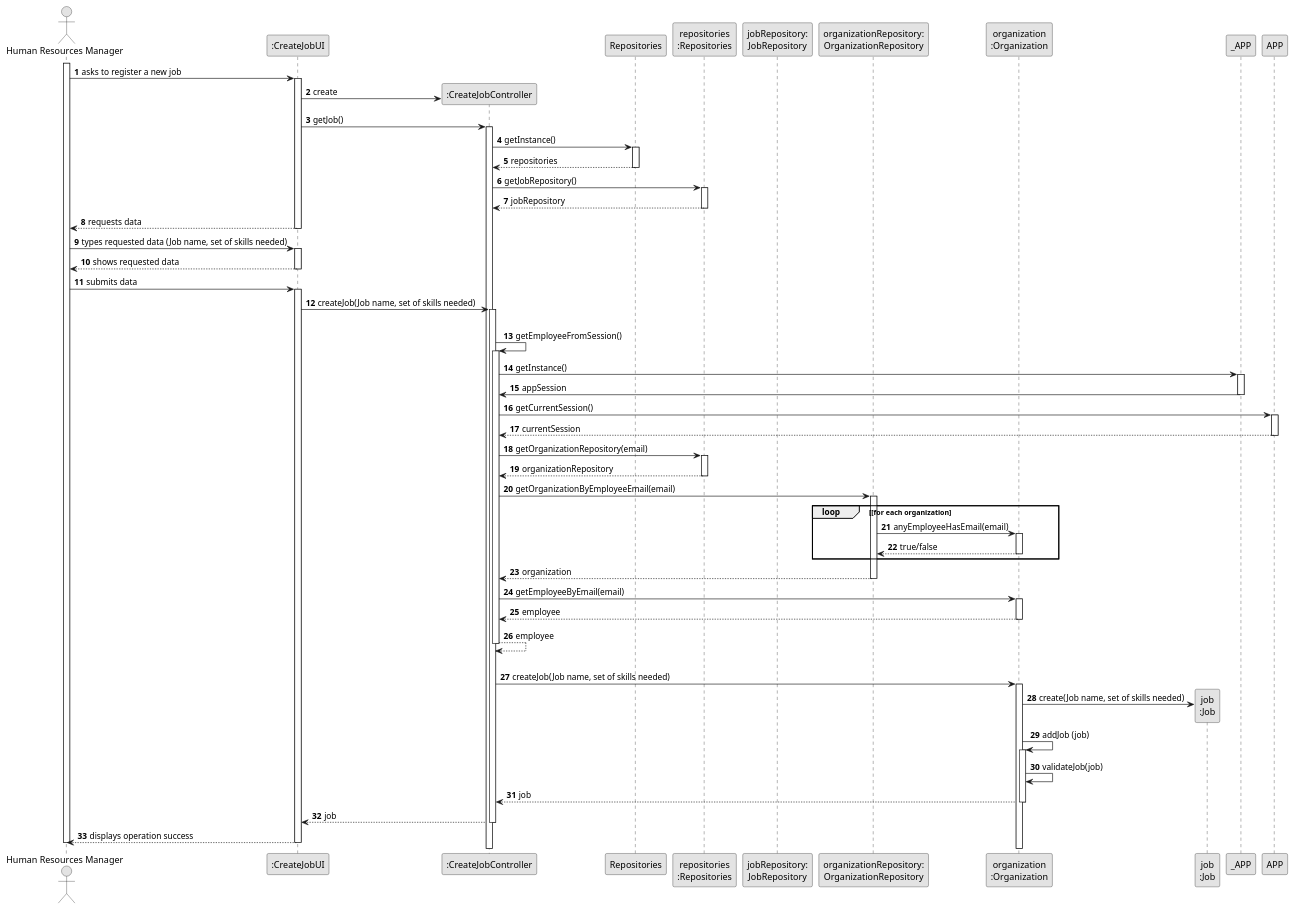
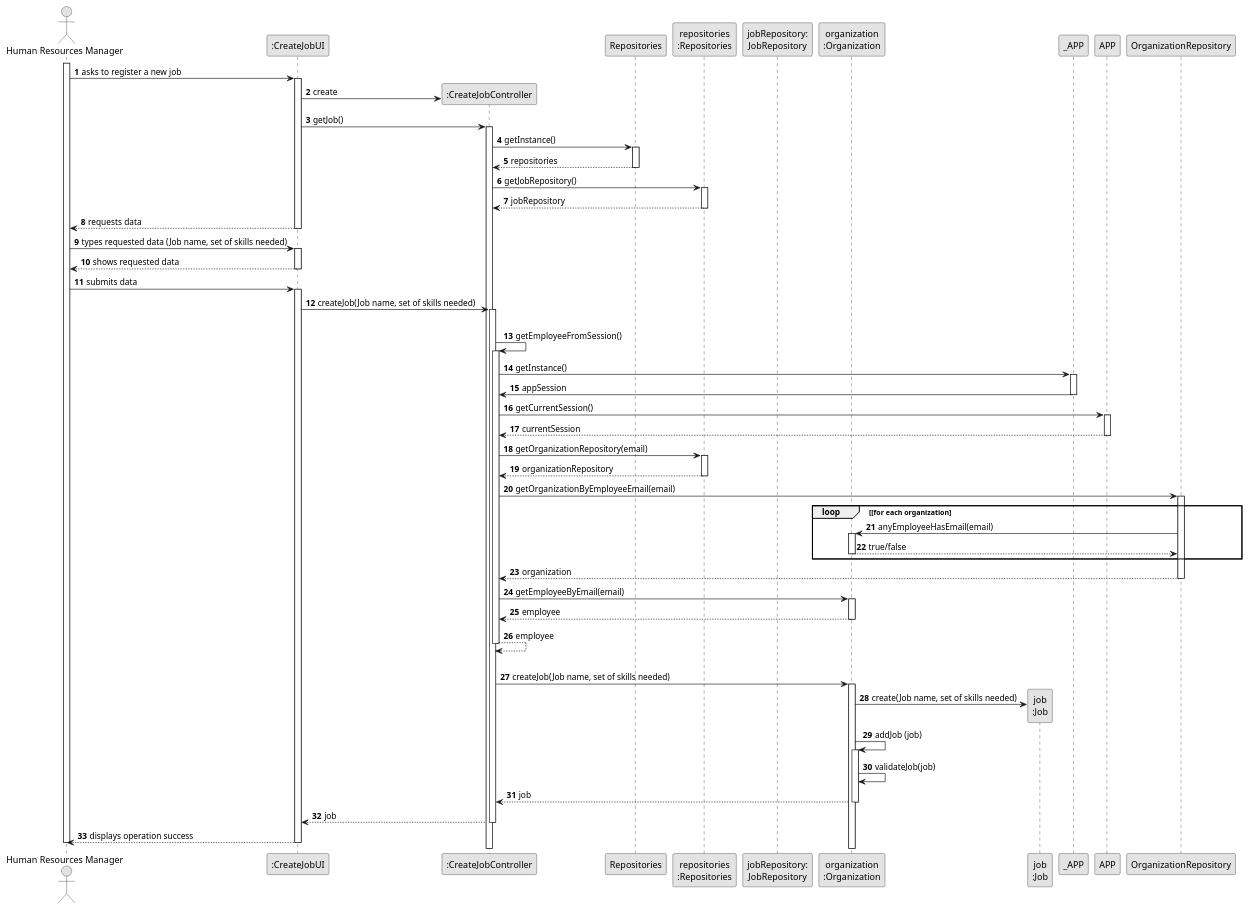
One commit to Departamento-de-Engenharia-Informatica/lei-24-s2-1dl-g121 changed the diagram in docs/sprintB/us002/03.design/puml/us002-sequence-diagram-full.puml. Above: the diagram before and after it, drawn with PlantUML. The commit also changed 5 other files, not shown here.

Commit message:
Creation of US05 sequence diagram and creation of CreateJobController and CreateJobUI

```diff
--- a/docs/sprintB/us002/03.design/puml/us002-sequence-diagram-full.puml
+++ b/docs/sprintB/us002/03.design/puml/us002-sequence-diagram-full.puml
@@ -1,180 +1,180 @@
 @startuml
 skinparam monochrome true
 skinparam packageStyle rectangle
 skinparam shadowing false
 
 autonumber
 
 'hide footbox
 actor "Human Resources Manager" as ADM
 participant ":CreateJobUI" as UI
 participant ":CreateJobController" as CTRL
 participant "Repositories" as RepositorySingleton
 participant "repositories\n:Repositories" as PLAT
 participant "jobRepository:\nJobRepository" as JobRepository
 'participant ":ApplicationSession" as _APP
 'participant "appSession\n:ApplicationSession" as APP
 'participant "currentSession\n:UserSession" as SESSAO
-participant "organizationRepository:\nOrganizationRepository" as OrganizationRepository
+'participant "organizationRepository:\nOrganizationRepository" as OrganizationRepository
 participant "organization\n:Organization" as ORG
 participant "job\n:Job" as TAREFA
 
 activate ADM
 
         ADM -> UI : asks to register a new job
 
         activate UI
 
 '            UI --> ADM : requests data (reference, description,  informal \n description, technical description, duration, cost)
             'create CTRL
             UI -> CTRL** : create
 
             UI -> CTRL : getJob()
             activate CTRL
 
                 CTRL -> RepositorySingleton : getInstance()
                 activate RepositorySingleton
 
                     RepositorySingleton --> CTRL: repositories
                 deactivate RepositorySingleton
 
                 CTRL -> PLAT : getJobRepository()
                 activate PLAT
 
                     PLAT --> CTRL: jobRepository
                 deactivate PLAT
 
              '   CTRL -> TaskCategoryRepository : getJob()
               '  activate JobRepository
 
                '     TaskCategoryRepository --> CTRL : jobList
                 'deactivate JobRepository
 
              '   CTRL --> UI : taskCategoryList
             'deactivate CTRL
 
 '            UI --> ADM : shows task category list\n and asks to sleect one
 '        deactivate UI
 '
 '    ADM -> UI : selects a task category
 '    activate UI
 
         UI --> ADM : requests data
     deactivate UI
 
     ADM -> UI : types requested data (Job name, set of skills needed)
     activate UI
 
         UI --> ADM : shows requested data
     deactivate UI
 
     ADM -> UI : submits data
     activate UI
 
         UI -> CTRL : createJob(Job name, set of skills needed)
         activate CTRL
 
 '            CTRL -> CTRL : getTaskCategoryByDescription(taskCategoryDescription)
 '            activate CTRL
 
 '                CTRL -> RepositorySingleton : getInstance()
 '                activate RepositorySingleton
 '
 '                    RepositorySingleton --> CTRL: repositories
 '                deactivate RepositorySingleton
 '
 '                CTRL -> PLAT : getTaskCategoryRepository()
 '                activate PLAT
 '
 '                    PLAT -> CTRL : taskCategoryRepository
 '                deactivate PLAT
 '
 '                CTRL -> TaskCategoryRepository : getTaskCategoryByDescription(taskCategoryDescription)
 '                activate TaskCategoryRepository
 '
 '                    TaskCategoryRepository --> CTRL : taskCategory
 '                deactivate TaskCategoryRepository
 '                    CTRL --> CTRL : taskCategory
 '            deactivate CTRL
 
             |||
             CTRL -> CTRL : getEmployeeFromSession()
             activate CTRL
 
                 CTRL -> _APP: getInstance()
                 activate _APP
                     _APP -> CTRL: appSession
                 deactivate _APP
 
 
                 CTRL -> APP: getCurrentSession()
                 activate APP
 
                     APP --> CTRL: currentSession
                 deactivate APP
 
                 'CTRL -> SESSAO: email = getUserEmail()
                 'activate SESSAO
 
                  '   SESSAO --> CTRL: email
                 'deactivate SESSAO
 
 
                 CTRL -> PLAT: getOrganizationRepository(email)
                 activate PLAT
 
                     PLAT --> CTRL: organizationRepository
                 deactivate PLAT
 
 
                 CTRL -> OrganizationRepository: getOrganizationByEmployeeEmail(email)
                 activate OrganizationRepository
 
                     loop [for each organization
                         OrganizationRepository -> ORG : anyEmployeeHasEmail(email)
                         activate ORG
 
                              ORG --> OrganizationRepository : true/false
                         deactivate ORG
                     end
                     OrganizationRepository --> CTRL : organization
                 deactivate OrganizationRepository
 
                 CTRL -> ORG: getEmployeeByEmail(email)
                 activate ORG
 
                     ORG --> CTRL : employee
                 deactivate ORG
 
                 CTRL --> CTRL : employee
             deactivate CTRL
 
             |||
             CTRL -> ORG: createJob(Job name, set of skills needed)
             activate ORG
 
                 ORG -> TAREFA**: create(Job name, set of skills needed)
                 ORG -> ORG: addJob (job)
 
 
                 activate ORG
                     ORG -> ORG: validateJob(job)
 '                    activate ORG
 '                        ORG --> ORG
 '                    deactivate ORG
 '
 '                    ORG --> ORG
 '                deactivate ORG
 
                 ORG --> CTRL : job
 
             deactivate ORG
 
             CTRL --> UI: job
             deactivate CTRL
             UI --> ADM: displays operation success
     deactivate UI
 
 deactivate ADM
 
 @enduml
```
